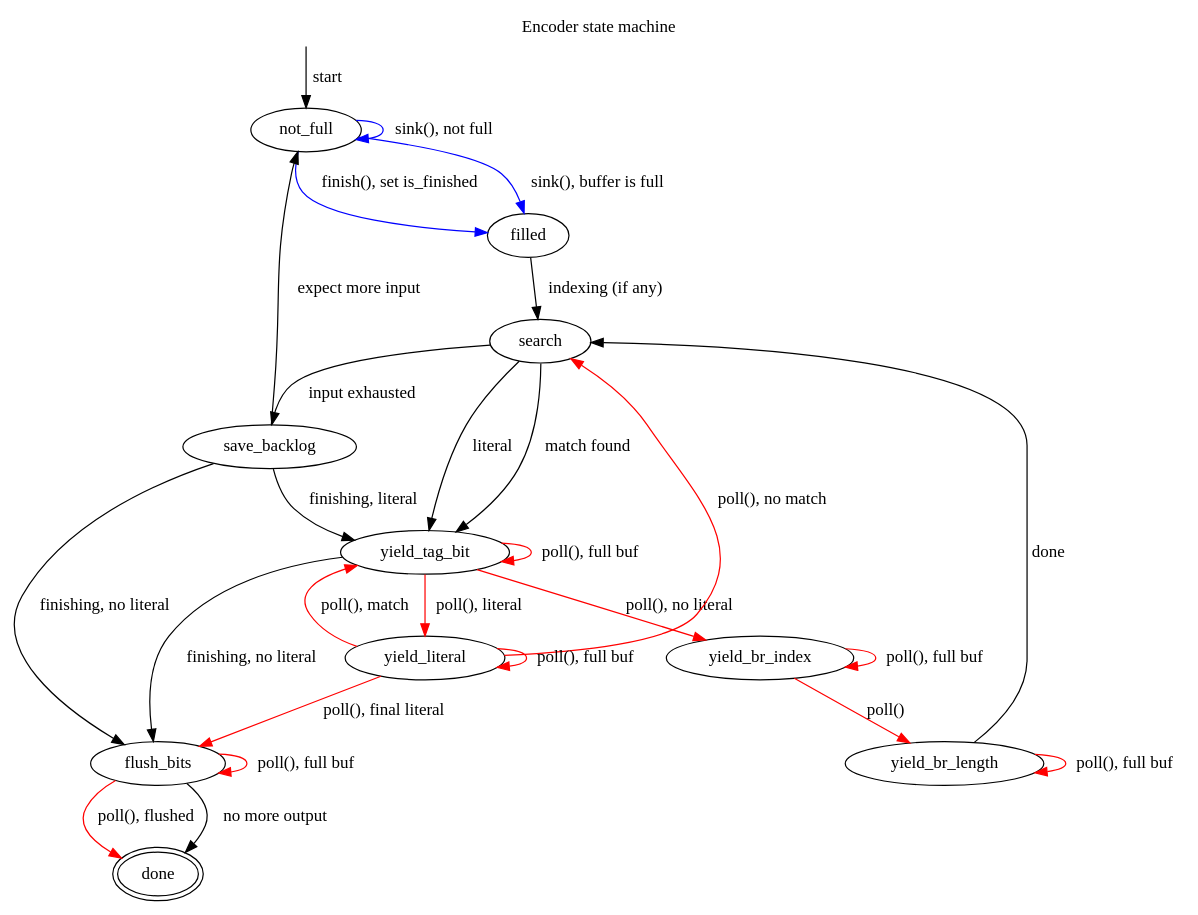
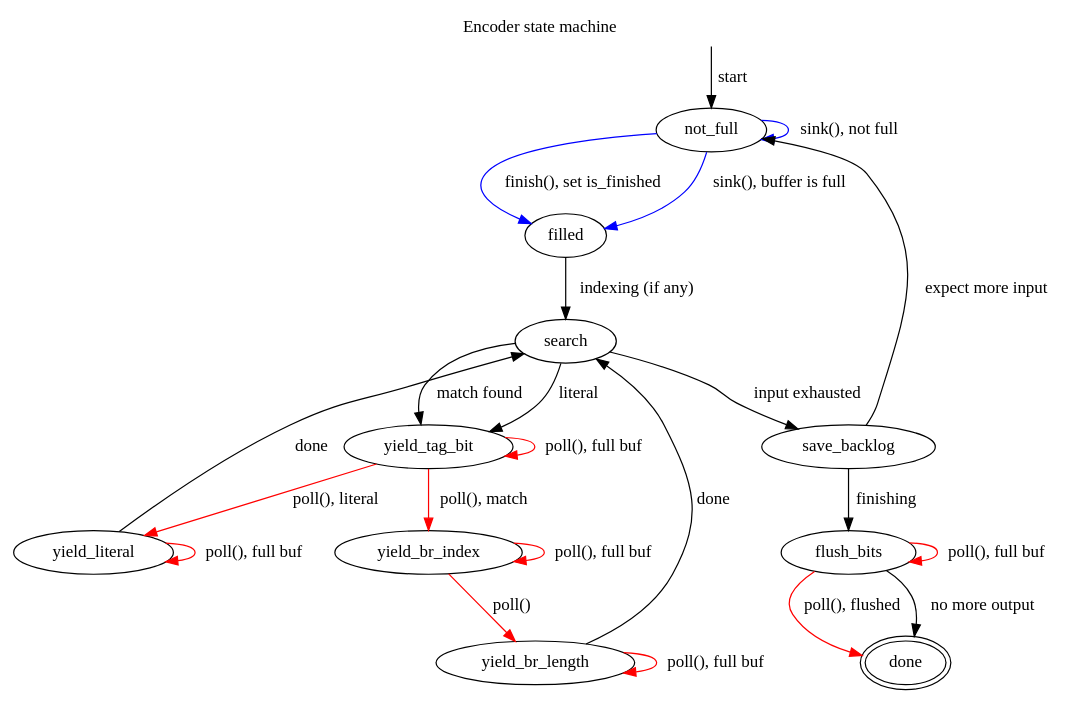
Before and after one commit to atomicobject/heatshrink: the diagram in enc_sm.dot, drawn with Graphviz. The commit also changed 1 other file, not shown here.

```diff
--- a/enc_sm.dot
+++ b/enc_sm.dot
@@ -1,50 +1,46 @@
 digraph {
         graph [label="Encoder state machine", labelloc="t"]
         start [style="invis", shape="point"]
         not_full
         filled
         search
         yield_tag_bit
         yield_literal
         yield_br_length
         yield_br_index
         save_backlog
         flush_bits
         done [peripheries=2]
 
         start->not_full [label="start"]
 
         not_full->not_full [label="sink(), not full", color="blue"]
         not_full->filled [label="sink(), buffer is full", color="blue"]
         not_full->filled [label="finish(), set is_finished", color="blue"]
 
         filled->search [label="indexing (if any)"]
 
         search->yield_tag_bit [label="literal"]
         search->yield_tag_bit [label="match found"]
         search->save_backlog [label="input exhausted"]
 
         yield_tag_bit->yield_tag_bit [label="poll(), full buf", color="red"]
         yield_tag_bit->yield_literal [label="poll(), literal", color="red"]
-        yield_tag_bit->yield_br_index [label="poll(), no literal", color="red"]
-        yield_tag_bit->flush_bits [label="finishing, no literal"]
+        yield_tag_bit->yield_br_index [label="poll(), match", color="red"]
 
         yield_literal->yield_literal [label="poll(), full buf", color="red"]
-        yield_literal->search [label="poll(), no match", color="red"]
-        yield_literal->yield_tag_bit [label="poll(), match", color="red"]
-        yield_literal->flush_bits [label="poll(), final literal", color="red"]
+        yield_literal->search [label="done"]
 
         yield_br_index->yield_br_index [label="poll(), full buf", color="red"]
         yield_br_index->yield_br_length [label="poll()", color="red"]
 
         yield_br_length->yield_br_length [label="poll(), full buf", color="red"]
         yield_br_length->search [label="done"]
 
-        save_backlog->flush_bits [label="finishing, no literal"]
-        save_backlog->yield_tag_bit [label="finishing, literal"]
+        save_backlog->flush_bits [label="finishing"]
         save_backlog->not_full [label="expect more input"]
 
         flush_bits->flush_bits [label="poll(), full buf", color="red"]
         flush_bits->done [label="poll(), flushed", color="red"]
         flush_bits->done [label="no more output"]
 }
```
